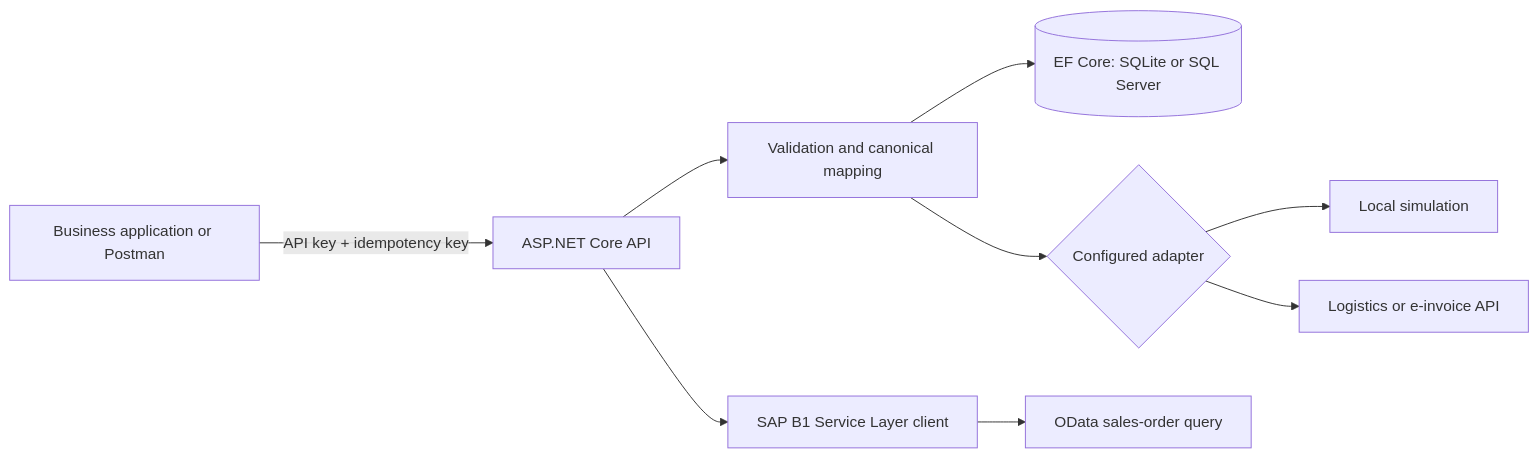
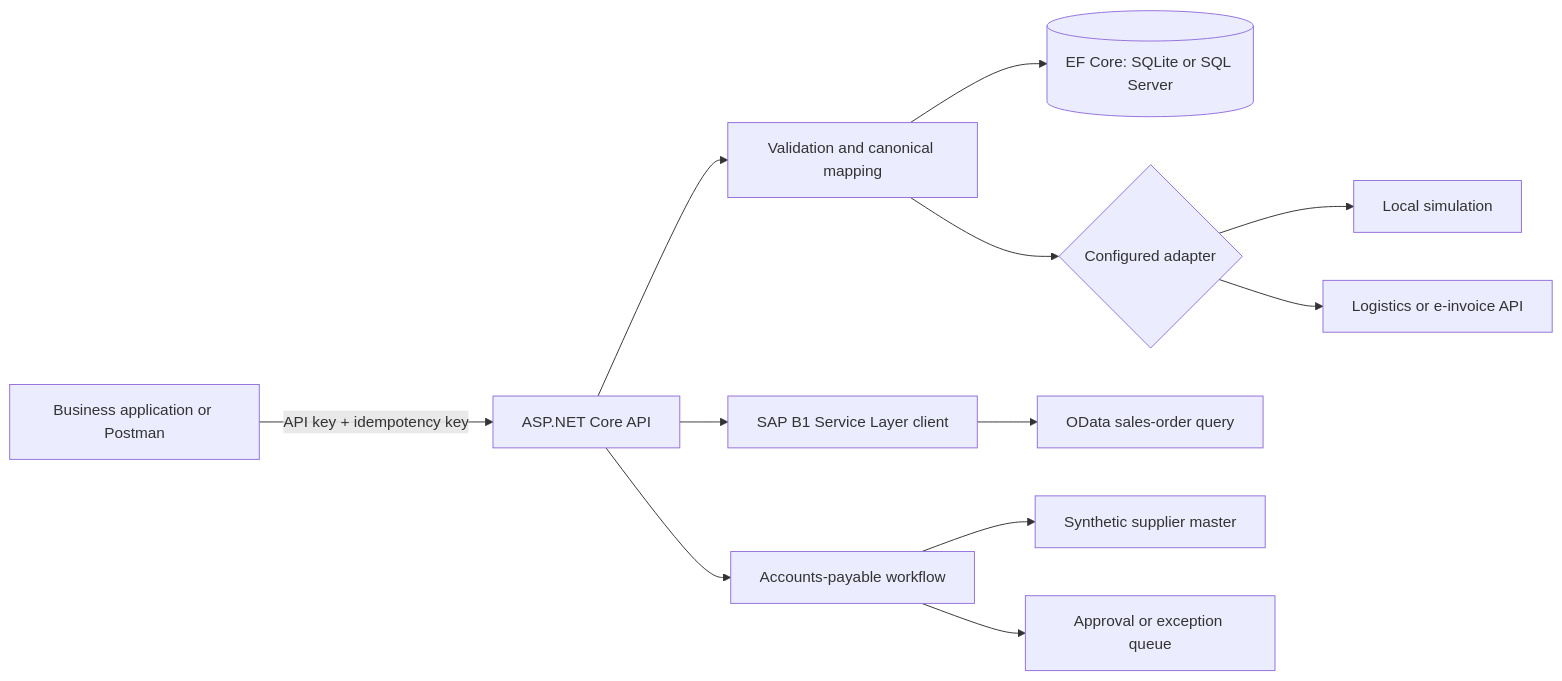
Before and after one commit to pthanureddy/business-application-integration-service: the diagram in README.md, drawn with Mermaid. The commit also changed other lines of this file and 19 other files, not shown here.

Commit message:
feat: add accounts payable workflow automation

````diff
--- a/README.md
+++ b/README.md
@@ -32,11 +38,14 @@
 ```mermaid
 flowchart LR
     Client["Business application or Postman"] -->|API key + idempotency key| API["ASP.NET Core API"]
     API --> Map["Validation and canonical mapping"]
     Map --> DB[("EF Core: SQLite or SQL Server")]
     Map --> Adapter{"Configured adapter"}
     Adapter --> Sim["Local simulation"]
     Adapter --> HTTP["Logistics or e-invoice API"]
     API --> SAP["SAP B1 Service Layer client"]
     SAP --> OData["OData sales-order query"]
+    API --> AP["Accounts-payable workflow"]
+    AP --> Master["Synthetic supplier master"]
+    AP --> Review["Approval or exception queue"]
 ```
````
